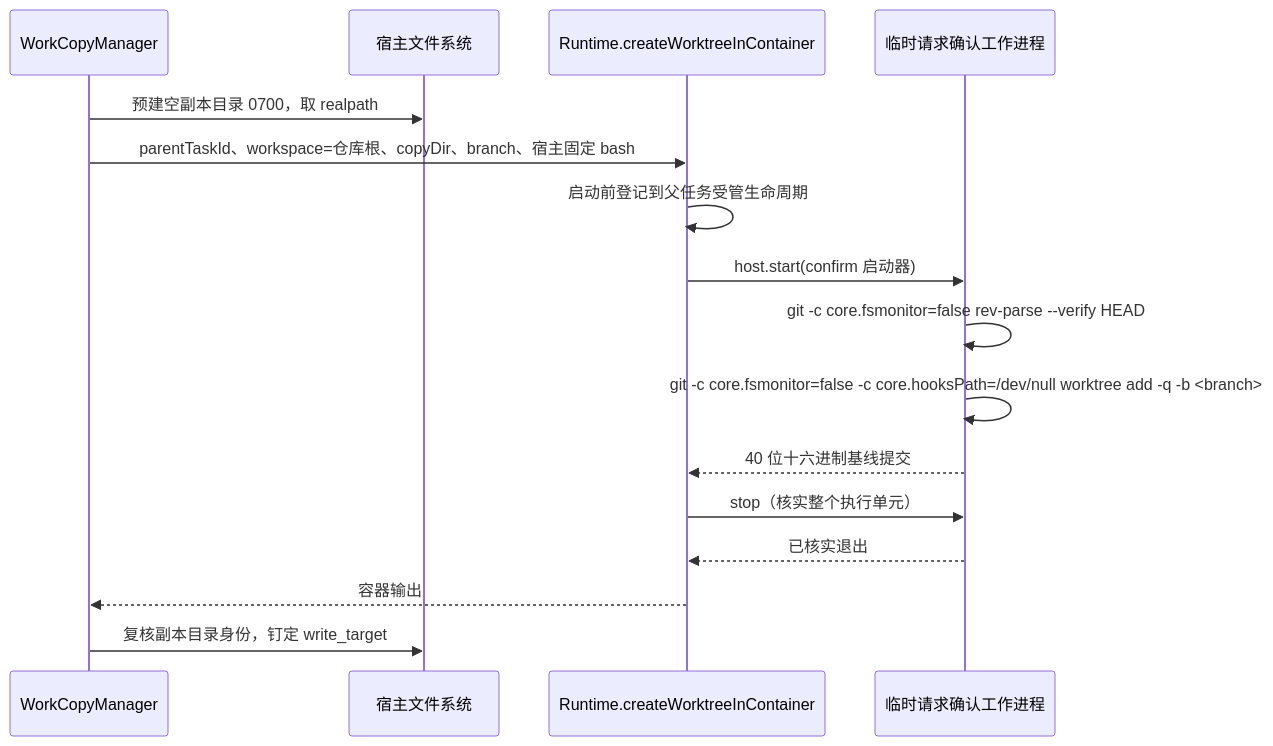
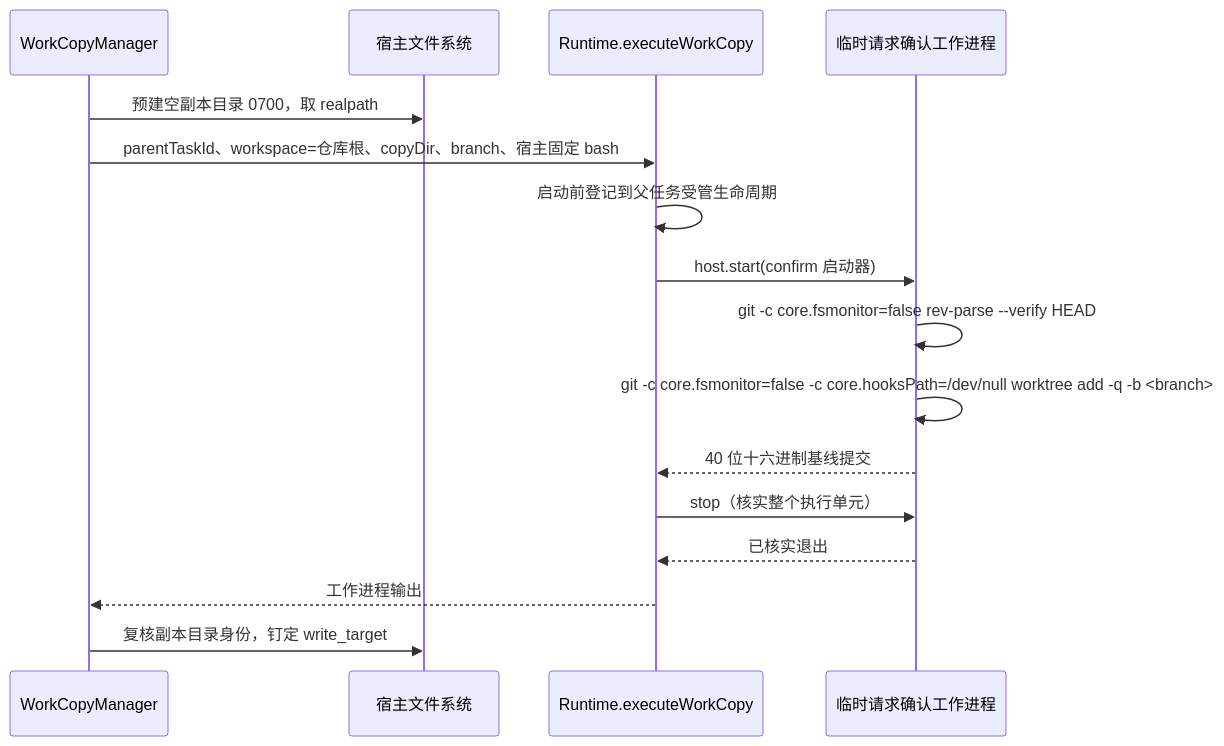
One commit to num-lab/Ruukoto changed the third of 3 diagrams in docs/modules/execution.md. Above: the diagram before and after it, drawn with Mermaid. The commit also changed other lines of this file and 93 other files, not shown here.

````diff
--- a/docs/modules/execution.md
+++ b/docs/modules/execution.md
@@ -121,18 +138,18 @@
 ```mermaid
 sequenceDiagram
   participant WM as WorkCopyManager
   participant FS as 宿主文件系统
-  participant RT as Runtime.createWorktreeInContainer
+  participant RT as Runtime.executeWorkCopy
   participant W as 临时请求确认工作进程
   WM->>FS: 预建空副本目录 0700，取 realpath
   WM->>RT: parentTaskId、workspace=仓库根、copyDir、branch、宿主固定 bash
   RT->>RT: 启动前登记到父任务受管生命周期
   RT->>W: host.start(confirm 启动器)
   W->>W: git -c core.fsmonitor=false rev-parse --verify HEAD
   W->>W: git -c core.fsmonitor=false -c core.hooksPath=/dev/null worktree add -q -b <branch>
   W-->>RT: 40 位十六进制基线提交
   RT->>W: stop（核实整个执行单元）
   W-->>RT: 已核实退出
-  RT-->>WM: 容器输出
+  RT-->>WM: 工作进程输出
   WM->>FS: 复核副本目录身份，钉定 write_target
 ```
````
